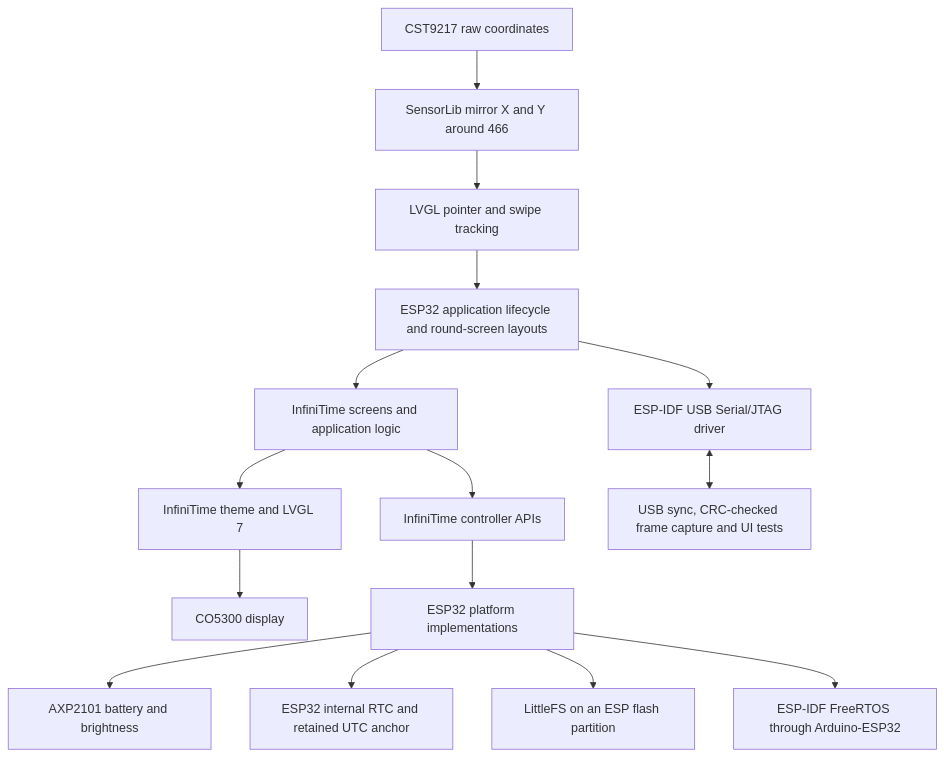
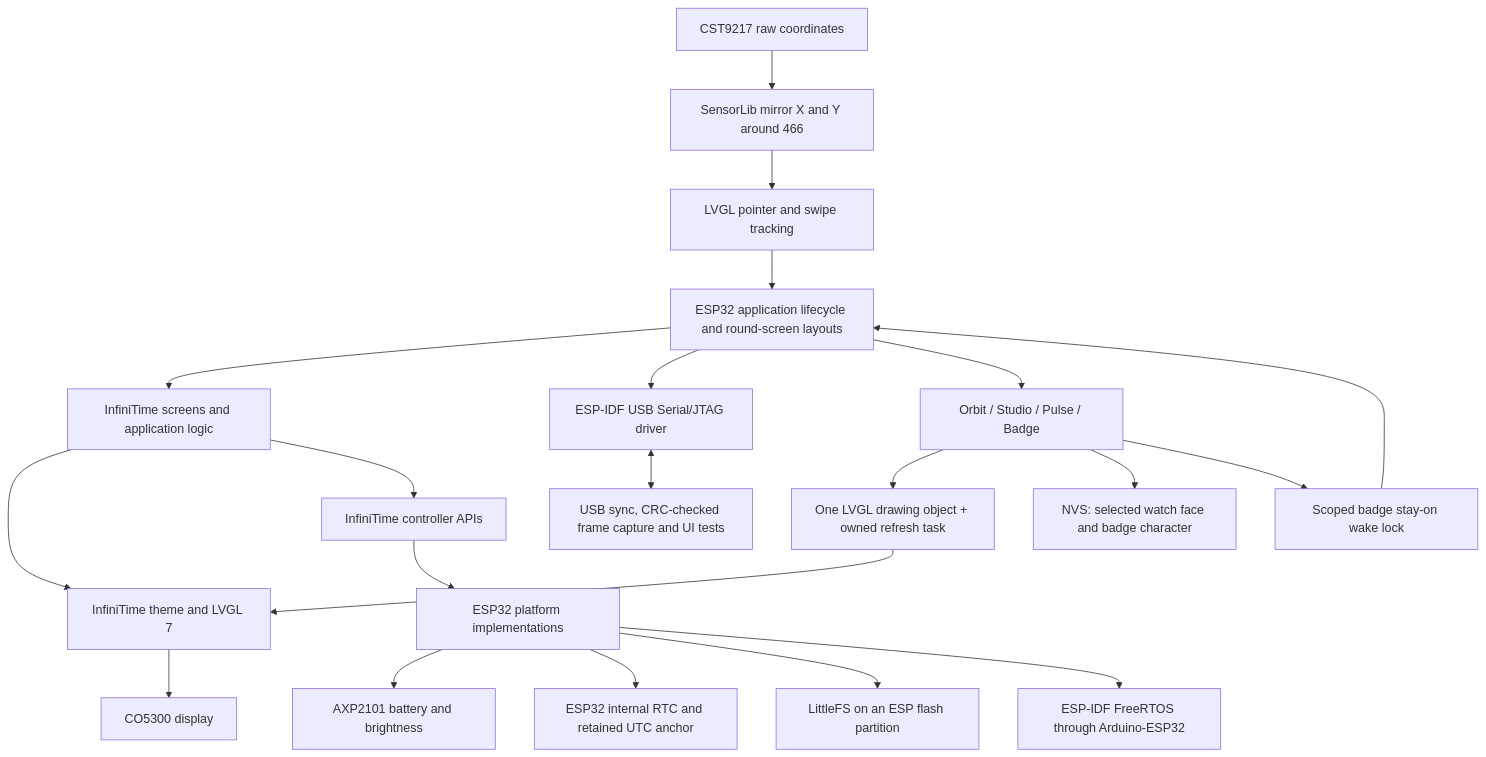
One commit to Micro66/InfiniTime changed the first of 3 diagrams in ports/esp32/README.md. Above: the diagram before and after it, drawn with Mermaid. The commit also changed other lines of this file and 17 other files, not shown here.

Commit message:
Add three round watch faces and animated character badge

````diff
--- a/ports/esp32/README.md
+++ b/ports/esp32/README.md
@@ -20,17 +20,23 @@
 ```mermaid
 flowchart TD
     Screens[InfiniTime screens and application logic] --> Theme[InfiniTime theme and LVGL 7]
     Screens --> Controllers[InfiniTime controller APIs]
     Shell[ESP32 application lifecycle and round-screen layouts] --> Screens
     Shell --> USB[ESP-IDF USB Serial/JTAG driver]
     USB <--> Tools[USB sync, CRC-checked frame capture and UI tests]
     Theme --> Display[CO5300 display]
     Touch[CST9217 raw coordinates] --> Map[SensorLib mirror X and Y around 466]
     Map --> Input[LVGL pointer and swipe tracking]
     Input --> Shell
+    Shell --> Art[Orbit / Studio / Pulse / Badge]
+    Art --> Draw[One LVGL drawing object + owned refresh task]
+    Draw --> Theme
+    Art --> Prefs[NVS: selected watch face and badge character]
+    Art --> Lock[Scoped badge stay-on wake lock]
+    Lock --> Shell
     Controllers --> Platform[ESP32 platform implementations]
     Platform --> Power[AXP2101 battery and brightness]
     Platform --> Clock[ESP32 internal RTC and retained UTC anchor]
     Platform --> Storage[LittleFS on an ESP flash partition]
     Platform --> RTOS[ESP-IDF FreeRTOS through Arduino-ESP32]
 ```
````
